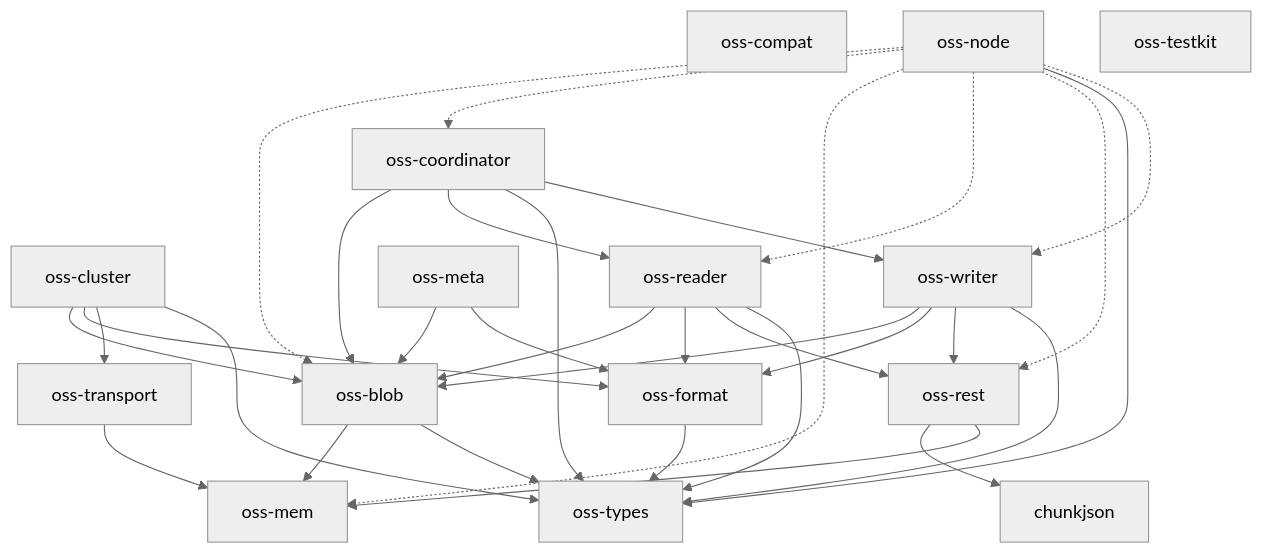
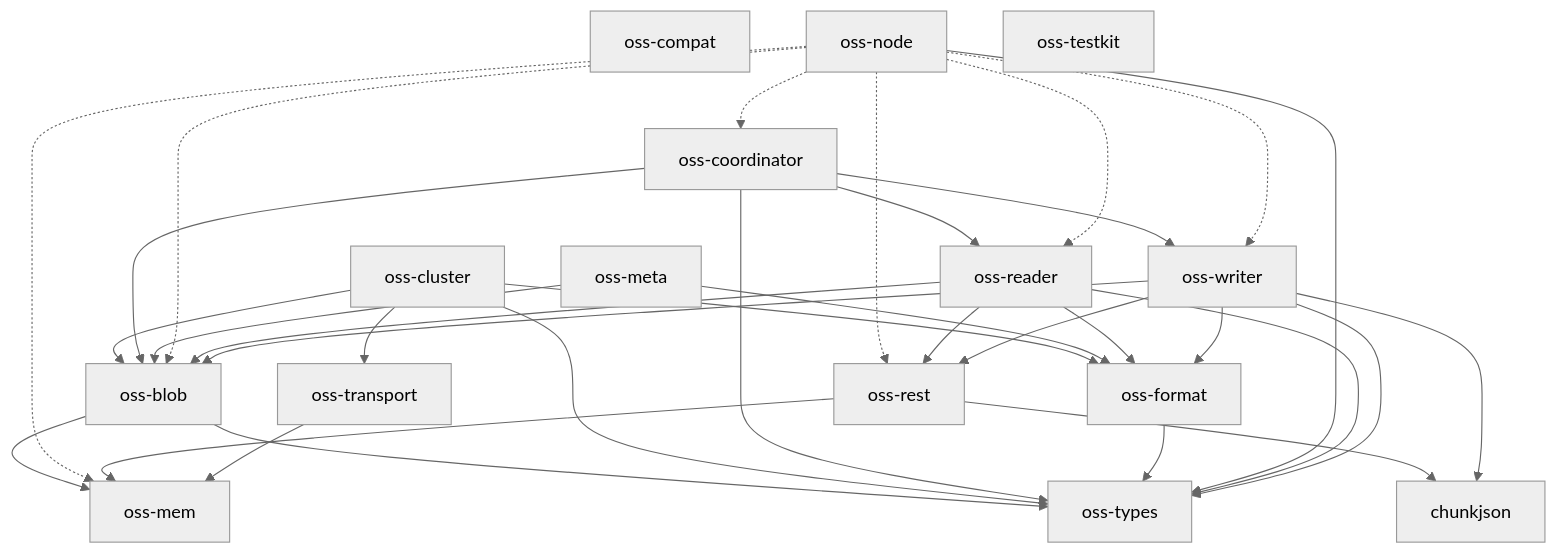
One commit to huyz0/opensearch-serverless changed the diagram in docs/architecture.md. Above: the diagram before and after it, drawn with Mermaid (neutral theme). The commit also changed 26 other files, not shown here.

````diff
--- a/docs/architecture.md
+++ b/docs/architecture.md
@@ -10,39 +10,40 @@
 ```mermaid
 graph TD
     chunkjson
     oss-blob --> oss-mem
     oss-blob --> oss-types
     oss-cluster --> oss-blob
     oss-cluster --> oss-format
     oss-cluster --> oss-transport
     oss-cluster --> oss-types
     oss-compat
     oss-coordinator --> oss-blob
     oss-coordinator --> oss-reader
     oss-coordinator --> oss-types
     oss-coordinator --> oss-writer
     oss-format --> oss-types
     oss-mem
     oss-meta --> oss-blob
     oss-meta --> oss-format
     oss-node -.-> oss-blob
     oss-node -.-> oss-coordinator
     oss-node -.-> oss-mem
     oss-node -.-> oss-reader
     oss-node -.-> oss-rest
     oss-node --> oss-types
     oss-node -.-> oss-writer
     oss-reader --> oss-blob
     oss-reader --> oss-format
     oss-reader --> oss-rest
     oss-reader --> oss-types
     oss-rest --> chunkjson
     oss-rest --> oss-mem
     oss-testkit
     oss-transport --> oss-mem
     oss-types
+    oss-writer --> chunkjson
     oss-writer --> oss-blob
     oss-writer --> oss-format
     oss-writer --> oss-rest
     oss-writer --> oss-types
 ```
````
